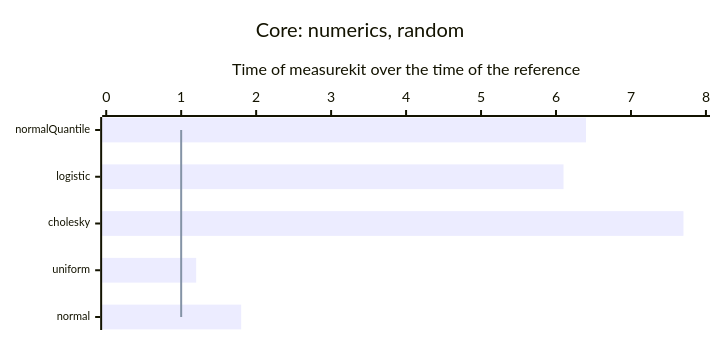
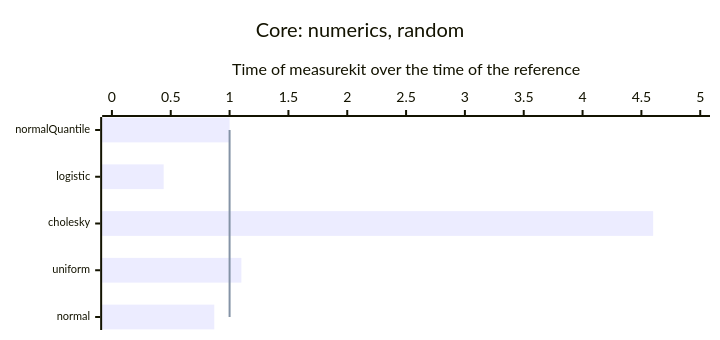
Before and after one commit to measurekit/measurekit: the second of 11 diagrams in docs/performance.md, drawn with Mermaid. The commit also changed other lines of this file and 5 other files, not shown here.

````diff
--- a/docs/performance.md
+++ b/docs/performance.md
@@ -23,9 +23,9 @@
 ```mermaid
 %%{init: {"xyChart": {"height": 320, "xAxis": {"labelFontSize": 11}}}}%%
 xychart-beta horizontal
   title "Core: numerics, random"
   x-axis ["normalQuantile", "logistic", "cholesky", "uniform", "normal"]
-  y-axis "Time of measurekit over the time of the reference" 0 --> 8
-  bar [6.4, 6.1, 7.7, 1.2, 1.8]
+  y-axis "Time of measurekit over the time of the reference" 0 --> 5
+  bar [1, 0.44, 4.6, 1.1, 0.87]
   line [1, 1, 1, 1, 1]
 ```
````
